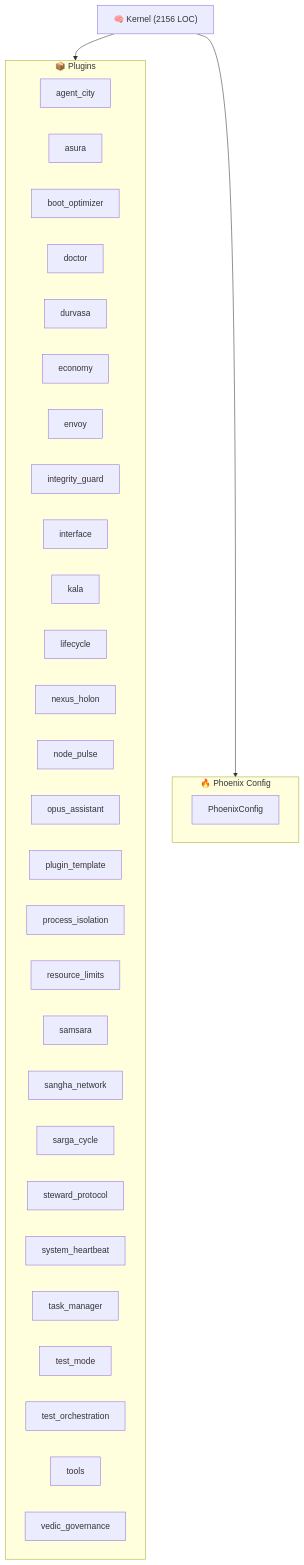
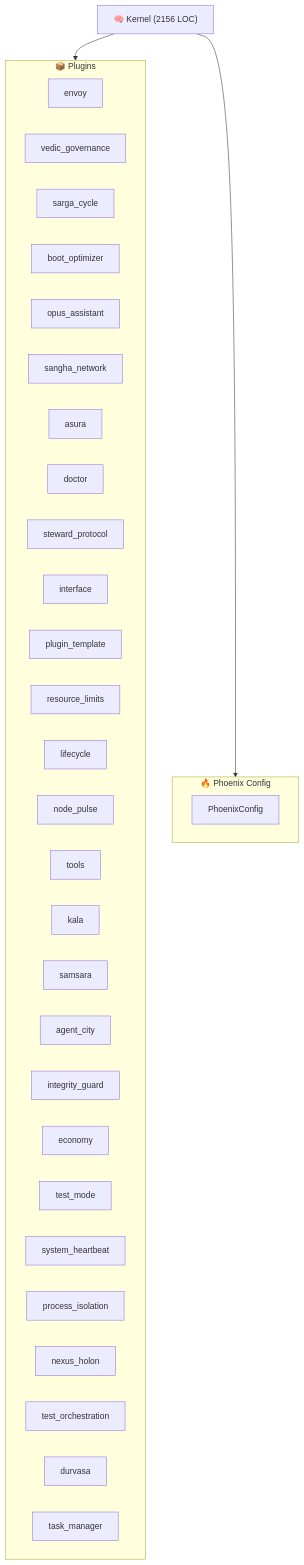
Before and after one commit to kimeisele/steward-protocol: the diagram in ARCHITECTURE.md, drawn with Mermaid. The commit also changed other lines of this file and 10 other files, not shown here.

````diff
--- a/ARCHITECTURE.md
+++ b/ARCHITECTURE.md
@@ -8,38 +8,38 @@
 ```mermaid
 graph TB
     K["🧠 Kernel (2156 LOC)"]
     subgraph Plugins["📦 Plugins"]
+        P_envoy["envoy"]
+        P_vedic_governance["vedic_governance"]
+        P_sarga_cycle["sarga_cycle"]
+        P_boot_optimizer["boot_optimizer"]
+        P_opus_assistant["opus_assistant"]
+        P_sangha_network["sangha_network"]
+        P_asura["asura"]
+        P_doctor["doctor"]
+        P_steward_protocol["steward_protocol"]
+        P_interface["interface"]
+        P_plugin_template["plugin_template"]
+        P_resource_limits["resource_limits"]
+        P_lifecycle["lifecycle"]
+        P_node_pulse["node_pulse"]
+        P_tools["tools"]
+        P_kala["kala"]
+        P_samsara["samsara"]
         P_agent_city["agent_city"]
-        P_asura["asura"]
-        P_boot_optimizer["boot_optimizer"]
-        P_doctor["doctor"]
+        P_integrity_guard["integrity_guard"]
+        P_economy["economy"]
+        P_test_mode["test_mode"]
+        P_system_heartbeat["system_heartbeat"]
+        P_process_isolation["process_isolation"]
+        P_nexus_holon["nexus_holon"]
+        P_test_orchestration["test_orchestration"]
         P_durvasa["durvasa"]
-        P_economy["economy"]
-        P_envoy["envoy"]
-        P_integrity_guard["integrity_guard"]
-        P_interface["interface"]
-        P_kala["kala"]
-        P_lifecycle["lifecycle"]
-        P_nexus_holon["nexus_holon"]
-        P_node_pulse["node_pulse"]
-        P_opus_assistant["opus_assistant"]
-        P_plugin_template["plugin_template"]
-        P_process_isolation["process_isolation"]
-        P_resource_limits["resource_limits"]
-        P_samsara["samsara"]
-        P_sangha_network["sangha_network"]
-        P_sarga_cycle["sarga_cycle"]
-        P_steward_protocol["steward_protocol"]
-        P_system_heartbeat["system_heartbeat"]
         P_task_manager["task_manager"]
-        P_test_mode["test_mode"]
-        P_test_orchestration["test_orchestration"]
-        P_tools["tools"]
-        P_vedic_governance["vedic_governance"]
     end
     K --> Plugins
     subgraph Config["🔥 Phoenix Config"]
         PC[PhoenixConfig]
     end
     K --> Config
 ```
````
